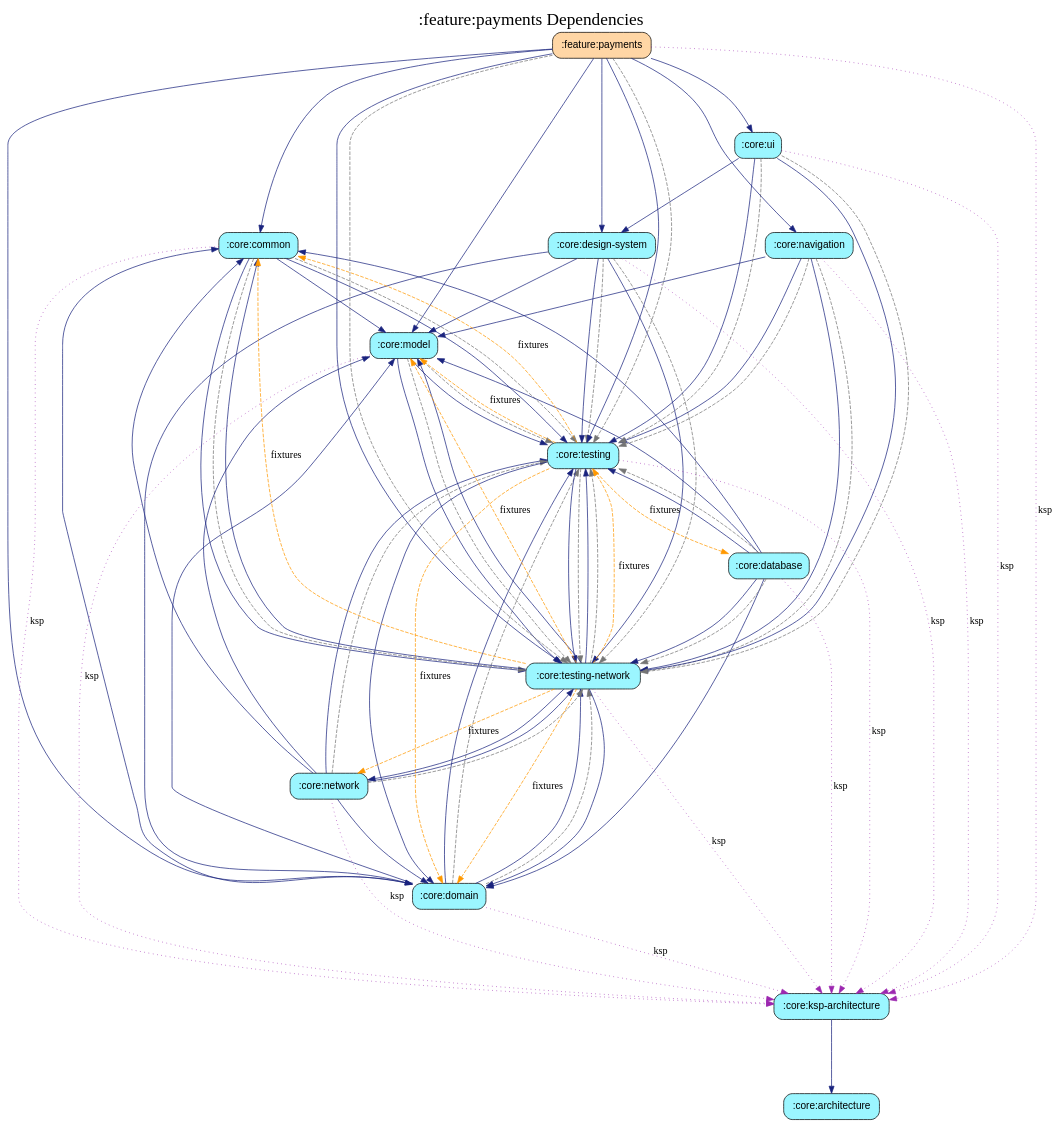
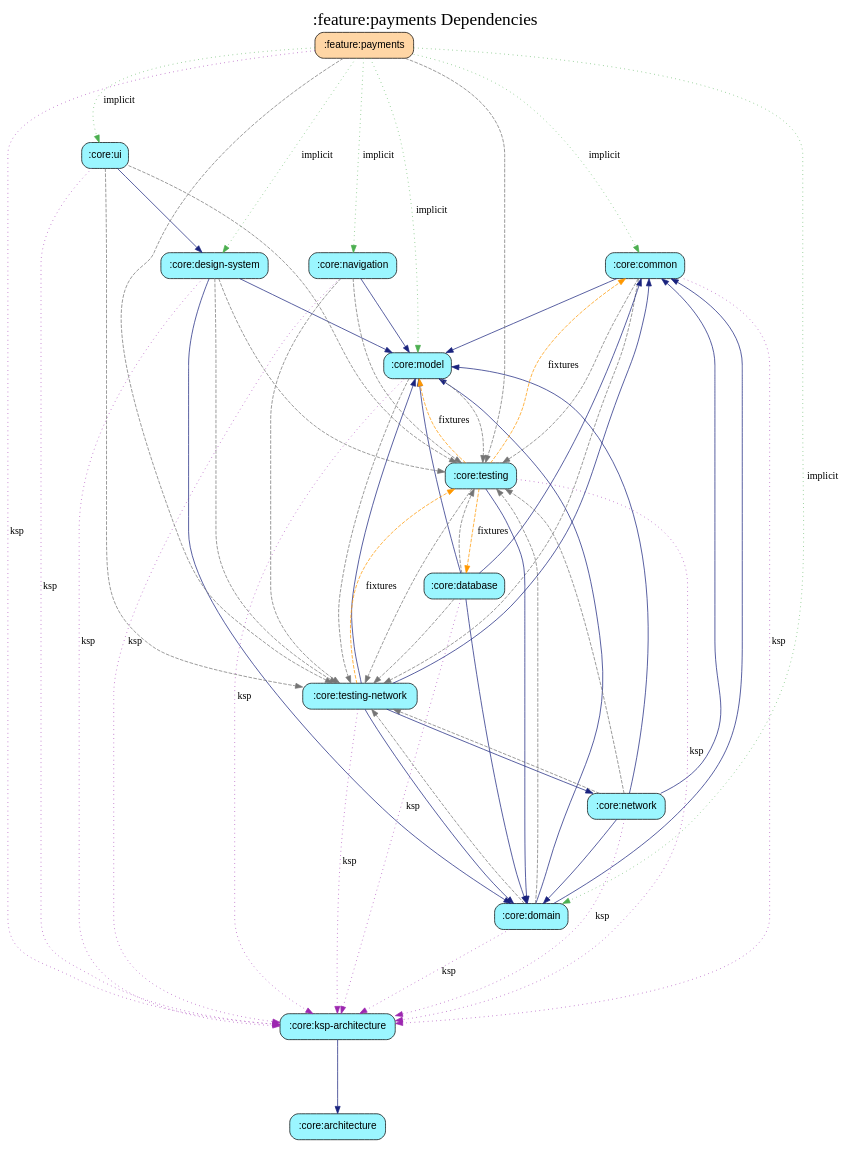
One commit to harrykibet/RealEstateApp-Android changed the diagram in feature/payments/module_graph.gv. Above: the diagram before and after it, drawn with Graphviz. The commit also changed 83 other files, not shown here.

```diff
--- a/feature/payments/module_graph.gv
+++ b/feature/payments/module_graph.gv
@@ -1,102 +1,76 @@
 digraph {
   graph [label=":feature:payments Dependencies", labelloc=t, fontsize=24, ranksep=1.4];
-  node [style="rounded,filled", fontname="sans-serif", shape=box];
+  node [style=filled, fillcolor="#bbdefb", fontname="sans-serif", shape=box, style="rounded,filled"];
   ":core:architecture" [fillcolor="#9BF6FF"];
   ":core:common" [fillcolor="#9BF6FF"];
   ":core:database" [fillcolor="#9BF6FF"];
   ":core:design-system" [fillcolor="#9BF6FF"];
   ":core:domain" [fillcolor="#9BF6FF"];
   ":core:ksp-architecture" [fillcolor="#9BF6FF"];
   ":core:model" [fillcolor="#9BF6FF"];
   ":core:navigation" [fillcolor="#9BF6FF"];
   ":core:network" [fillcolor="#9BF6FF"];
   ":core:testing" [fillcolor="#9BF6FF"];
   ":core:testing-network" [fillcolor="#9BF6FF"];
   ":core:ui" [fillcolor="#9BF6FF"];
   ":feature:payments" [fillcolor="#FFD6A5"];
   ":core:common" -> ":core:ksp-architecture" [color="#9C27B0", style=dotted, label="ksp"]
   ":core:common" -> ":core:model" [color="#1A237E", style=solid]
-  ":core:common" -> ":core:testing" [color="#1A237E", style=solid]
   ":core:common" -> ":core:testing" [color="#757575", style=dashed]
-  ":core:common" -> ":core:testing-network" [color="#1A237E", style=solid]
   ":core:common" -> ":core:testing-network" [color="#757575", style=dashed]
   ":core:database" -> ":core:common" [color="#1A237E", style=solid]
   ":core:database" -> ":core:domain" [color="#1A237E", style=solid]
   ":core:database" -> ":core:ksp-architecture" [color="#9C27B0", style=dotted, label="ksp"]
   ":core:database" -> ":core:model" [color="#1A237E", style=solid]
-  ":core:database" -> ":core:testing" [color="#1A237E", style=solid]
   ":core:database" -> ":core:testing" [color="#757575", style=dashed]
-  ":core:database" -> ":core:testing-network" [color="#1A237E", style=solid]
   ":core:database" -> ":core:testing-network" [color="#757575", style=dashed]
   ":core:design-system" -> ":core:domain" [color="#1A237E", style=solid]
   ":core:design-system" -> ":core:ksp-architecture" [color="#9C27B0", style=dotted, label="ksp"]
   ":core:design-system" -> ":core:model" [color="#1A237E", style=solid]
-  ":core:design-system" -> ":core:testing" [color="#1A237E", style=solid]
   ":core:design-system" -> ":core:testing" [color="#757575", style=dashed]
-  ":core:design-system" -> ":core:testing-network" [color="#1A237E", style=solid]
   ":core:design-system" -> ":core:testing-network" [color="#757575", style=dashed]
   ":core:domain" -> ":core:common" [color="#1A237E", style=solid]
   ":core:domain" -> ":core:ksp-architecture" [color="#9C27B0", style=dotted, label="ksp"]
   ":core:domain" -> ":core:model" [color="#1A237E", style=solid]
-  ":core:domain" -> ":core:testing" [color="#1A237E", style=solid]
   ":core:domain" -> ":core:testing" [color="#757575", style=dashed]
-  ":core:domain" -> ":core:testing-network" [color="#1A237E", style=solid]
   ":core:domain" -> ":core:testing-network" [color="#757575", style=dashed]
   ":core:ksp-architecture" -> ":core:architecture" [color="#1A237E", style=solid]
   ":core:model" -> ":core:ksp-architecture" [color="#9C27B0", style=dotted, label="ksp"]
-  ":core:model" -> ":core:testing" [color="#1A237E", style=solid]
   ":core:model" -> ":core:testing" [color="#757575", style=dashed]
-  ":core:model" -> ":core:testing-network" [color="#1A237E", style=solid]
   ":core:model" -> ":core:testing-network" [color="#757575", style=dashed]
   ":core:navigation" -> ":core:ksp-architecture" [color="#9C27B0", style=dotted, label="ksp"]
   ":core:navigation" -> ":core:model" [color="#1A237E", style=solid]
-  ":core:navigation" -> ":core:testing" [color="#1A237E", style=solid]
   ":core:navigation" -> ":core:testing" [color="#757575", style=dashed]
-  ":core:navigation" -> ":core:testing-network" [color="#1A237E", style=solid]
   ":core:navigation" -> ":core:testing-network" [color="#757575", style=dashed]
   ":core:network" -> ":core:common" [color="#1A237E", style=solid]
   ":core:network" -> ":core:domain" [color="#1A237E", style=solid]
   ":core:network" -> ":core:ksp-architecture" [color="#9C27B0", style=dotted, label="ksp"]
   ":core:network" -> ":core:model" [color="#1A237E", style=solid]
-  ":core:network" -> ":core:testing" [color="#1A237E", style=solid]
   ":core:network" -> ":core:testing" [color="#757575", style=dashed]
-  ":core:network" -> ":core:testing-network" [color="#1A237E", style=solid]
   ":core:network" -> ":core:testing-network" [color="#757575", style=dashed]
   ":core:testing" -> ":core:common" [color="#FF9800", style=dashed, label="fixtures"]
   ":core:testing" -> ":core:database" [color="#FF9800", style=dashed, label="fixtures"]
   ":core:testing" -> ":core:domain" [color="#1A237E", style=solid]
-  ":core:testing" -> ":core:domain" [color="#FF9800", style=dashed, label="fixtures"]
   ":core:testing" -> ":core:ksp-architecture" [color="#9C27B0", style=dotted, label="ksp"]
   ":core:testing" -> ":core:model" [color="#FF9800", style=dashed, label="fixtures"]
-  ":core:testing" -> ":core:testing-network" [color="#1A237E", style=solid]
   ":core:testing" -> ":core:testing-network" [color="#757575", style=dashed]
   ":core:testing-network" -> ":core:common" [color="#1A237E", style=solid]
-  ":core:testing-network" -> ":core:common" [color="#FF9800", style=dashed, label="fixtures"]
   ":core:testing-network" -> ":core:domain" [color="#1A237E", style=solid]
-  ":core:testing-network" -> ":core:domain" [color="#FF9800", style=dashed, label="fixtures"]
   ":core:testing-network" -> ":core:ksp-architecture" [color="#9C27B0", style=dotted, label="ksp"]
   ":core:testing-network" -> ":core:model" [color="#1A237E", style=solid]
-  ":core:testing-network" -> ":core:model" [color="#FF9800", style=dashed, label="fixtures"]
   ":core:testing-network" -> ":core:network" [color="#1A237E", style=solid]
-  ":core:testing-network" -> ":core:network" [color="#FF9800", style=dashed, label="fixtures"]
-  ":core:testing-network" -> ":core:testing" [color="#1A237E", style=solid]
-  ":core:testing-network" -> ":core:testing" [color="#757575", style=dashed]
   ":core:testing-network" -> ":core:testing" [color="#FF9800", style=dashed, label="fixtures"]
   ":core:ui" -> ":core:design-system" [color="#1A237E", style=solid]
   ":core:ui" -> ":core:ksp-architecture" [color="#9C27B0", style=dotted, label="ksp"]
-  ":core:ui" -> ":core:testing" [color="#1A237E", style=solid]
   ":core:ui" -> ":core:testing" [color="#757575", style=dashed]
-  ":core:ui" -> ":core:testing-network" [color="#1A237E", style=solid]
   ":core:ui" -> ":core:testing-network" [color="#757575", style=dashed]
-  ":feature:payments" -> ":core:common" [color="#1A237E", style=solid]
-  ":feature:payments" -> ":core:design-system" [color="#1A237E", style=solid]
-  ":feature:payments" -> ":core:domain" [color="#1A237E", style=solid]
+  ":feature:payments" -> ":core:common" [color="#4CAF50", style=dotted, label="implicit"]
+  ":feature:payments" -> ":core:design-system" [color="#4CAF50", style=dotted, label="implicit"]
+  ":feature:payments" -> ":core:domain" [color="#4CAF50", style=dotted, label="implicit"]
   ":feature:payments" -> ":core:ksp-architecture" [color="#9C27B0", style=dotted, label="ksp"]
-  ":feature:payments" -> ":core:model" [color="#1A237E", style=solid]
-  ":feature:payments" -> ":core:navigation" [color="#1A237E", style=solid]
-  ":feature:payments" -> ":core:testing" [color="#1A237E", style=solid]
+  ":feature:payments" -> ":core:model" [color="#4CAF50", style=dotted, label="implicit"]
+  ":feature:payments" -> ":core:navigation" [color="#4CAF50", style=dotted, label="implicit"]
   ":feature:payments" -> ":core:testing" [color="#757575", style=dashed]
-  ":feature:payments" -> ":core:testing-network" [color="#1A237E", style=solid]
   ":feature:payments" -> ":core:testing-network" [color="#757575", style=dashed]
-  ":feature:payments" -> ":core:ui" [color="#1A237E", style=solid]
+  ":feature:payments" -> ":core:ui" [color="#4CAF50", style=dotted, label="implicit"]
 }
```
